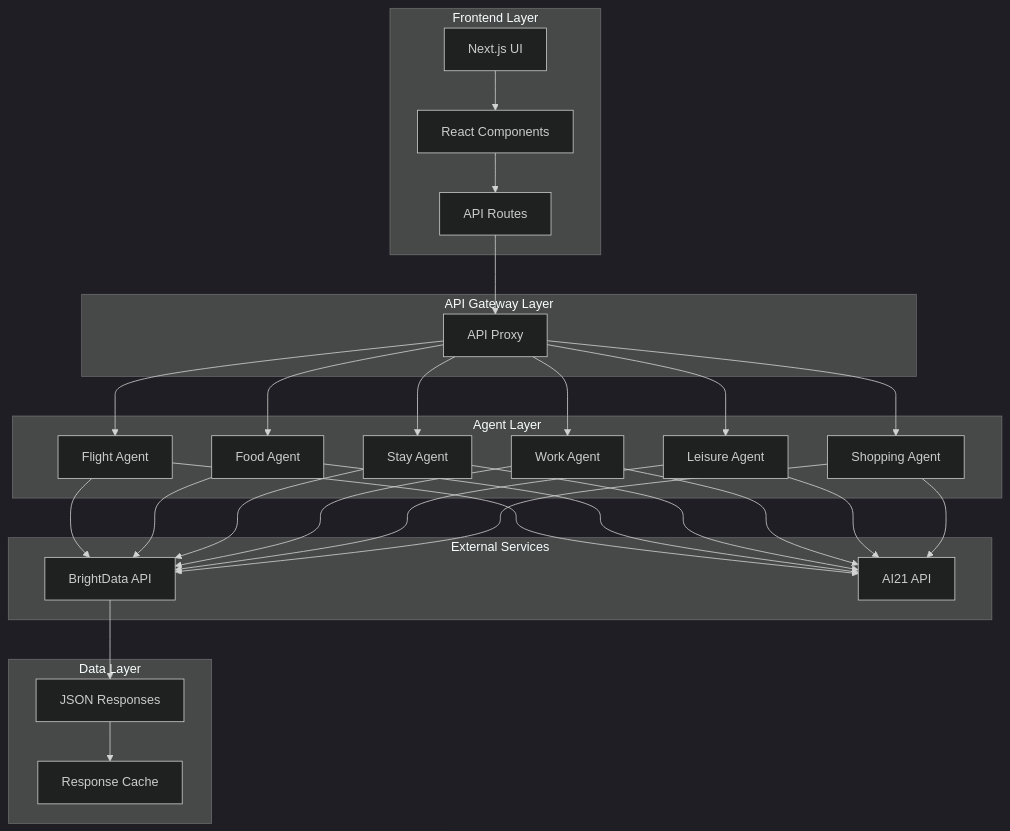
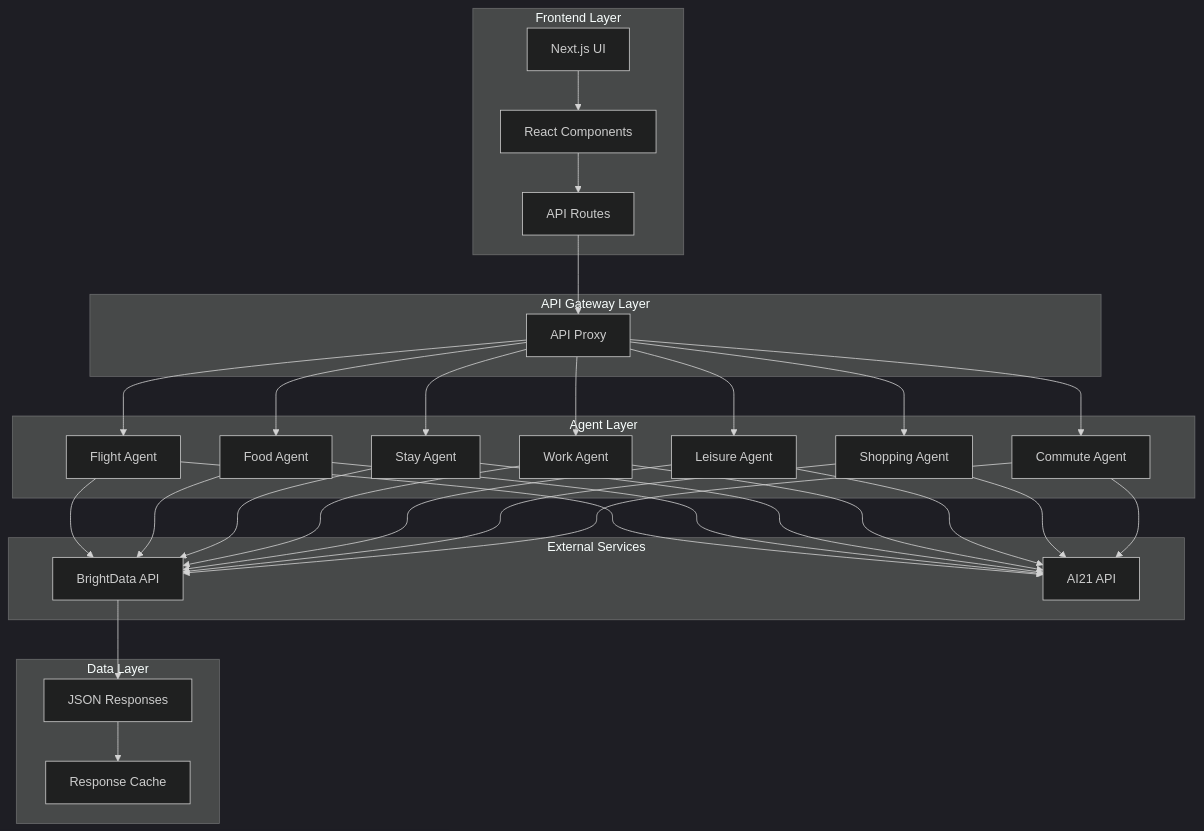
Before and after one commit to sakomws/beacon: the first of 3 diagrams in docs/architecture.md, drawn with Mermaid (dark theme). The commit also changed other lines of this file and 20 other files, not shown here.

````diff
--- a/docs/architecture.md
+++ b/docs/architecture.md
@@ -18,58 +18,62 @@
 ```mermaid
 graph TB
     subgraph "Frontend Layer"
         UI[Next.js UI]
         Components[React Components]
         API[API Routes]
     end
     
     subgraph "API Gateway Layer"
         Proxy[API Proxy]
     end
     
     subgraph "Agent Layer"
         Flight[Flight Agent]
         Food[Food Agent]
         Stay[Stay Agent]
         Work[Work Agent]
         Leisure[Leisure Agent]
         Shopping[Shopping Agent]
+        Commute[Commute Agent]
     end
     
     subgraph "External Services"
         BrightData[BrightData API]
         AI21[AI21 API]
     end
     
     subgraph "Data Layer"
         JSON[JSON Responses]
         Cache[Response Cache]
     end
     
     UI --> Components
     Components --> API
     API --> Proxy
     Proxy --> Flight
     Proxy --> Food
     Proxy --> Stay
     Proxy --> Work
     Proxy --> Leisure
     Proxy --> Shopping
+    Proxy --> Commute
     
     Flight --> BrightData
     Food --> BrightData
     Stay --> BrightData
     Work --> BrightData
     Leisure --> BrightData
     Shopping --> BrightData
+    Commute --> BrightData
     
     Flight --> AI21
     Food --> AI21
     Stay --> AI21
     Work --> AI21
     Leisure --> AI21
     Shopping --> AI21
+    Commute --> AI21
     
     BrightData --> JSON
     JSON --> Cache
 ```
````
